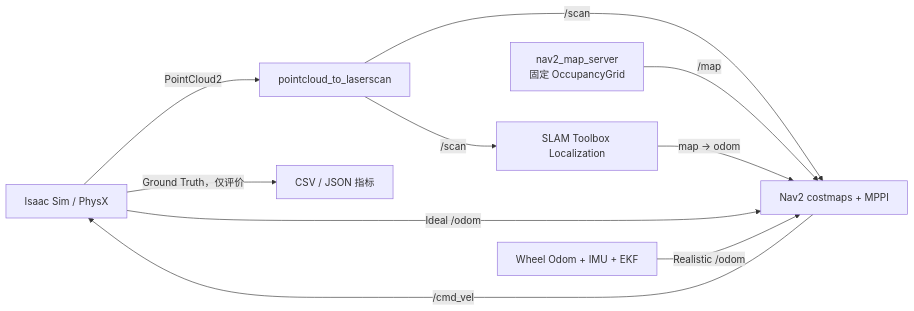
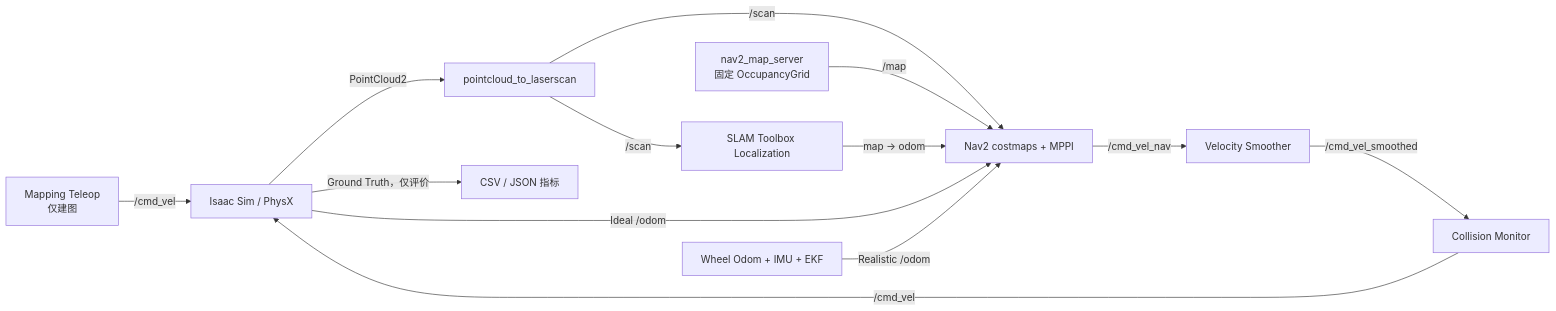
One commit to AoiOTA/Isaac_Sim_ROS2_Nav changed the diagram in docs/user_manual.md. Above: the diagram before and after it, drawn with Mermaid. The commit also changed other lines of this file and 6 other files, not shown here.

````diff
--- a/docs/user_manual.md
+++ b/docs/user_manual.md
@@ -16,12 +19,15 @@
 ```mermaid
 flowchart LR
     Isaac["Isaac Sim / PhysX"] -->|PointCloud2| Projection["pointcloud_to_laserscan"]
     Projection -->|/scan| SLAM["SLAM Toolbox Localization"]
     Projection -->|/scan| Nav2["Nav2 costmaps + MPPI"]
     MapServer["nav2_map_server\n固定 OccupancyGrid"] -->|/map| Nav2
     SLAM -->|map → odom| Nav2
     Isaac -->|Ideal /odom| Nav2
     Wheel["Wheel Odom + IMU + EKF"] -->|Realistic /odom| Nav2
-    Nav2 -->|/cmd_vel| Isaac
+    Nav2 -->|/cmd_vel_nav| Smoother["Velocity Smoother"]
+    Smoother -->|/cmd_vel_smoothed| Collision["Collision Monitor"]
+    Collision -->|/cmd_vel| Isaac
+    Teleop["Mapping Teleop\n仅建图"] -->|/cmd_vel| Isaac
     Isaac -->|Ground Truth，仅评价| Reports["CSV / JSON 指标"]
 ```
````
